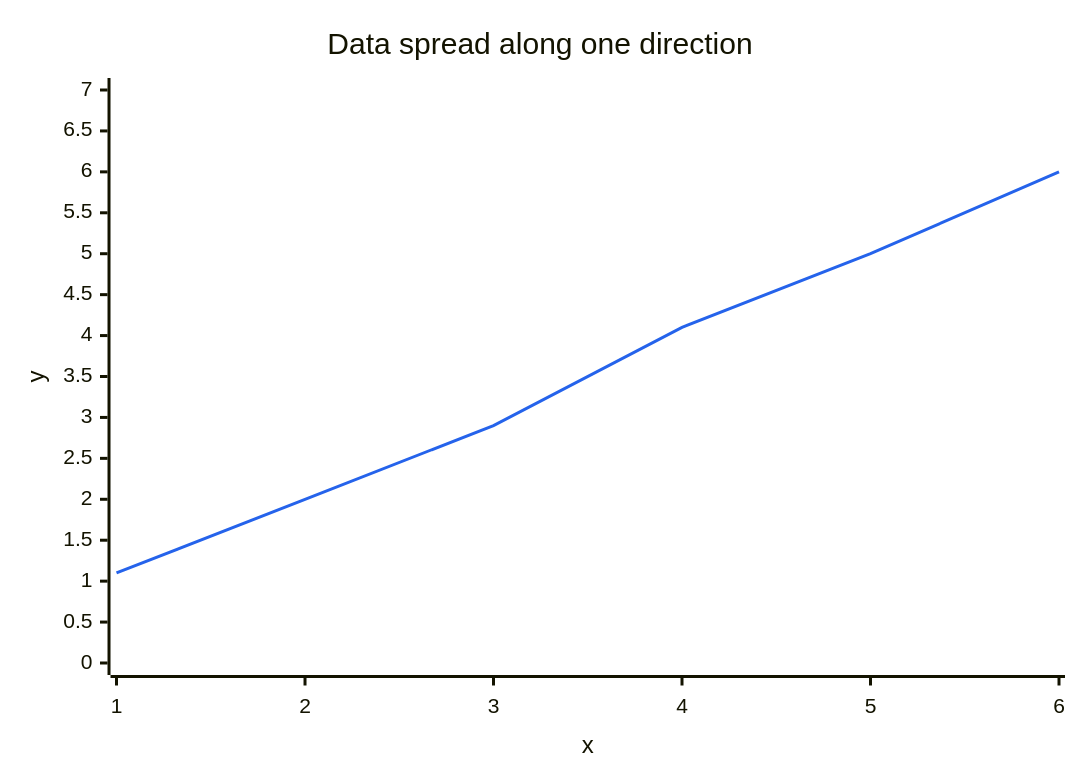
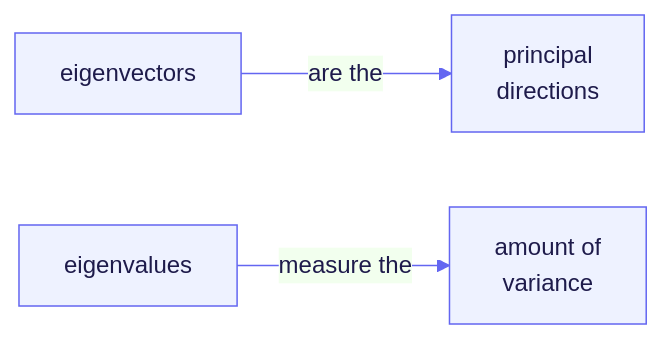
One commit to ajay-nikumbh/RAG changed diagram 14 of 23 in 01. NLP Basics for RAG/05. Embedding Mathematics/notes/05. Embedding Mathematics.md. Above: the diagram before and after it, drawn with Mermaid. The commit also changed other lines of this file and 19 other files, not shown here.

````diff
--- a/01. NLP Basics for RAG/05. Embedding Mathematics/notes/05. Embedding Mathematics.md
+++ b/01. NLP Basics for RAG/05. Embedding Mathematics/notes/05. Embedding Mathematics.md
@@ -2062,8 +2109,6 @@
 ```mermaid
 %%{init: {'theme':'base','themeVariables':{'primaryColor':'#EEF2FF','primaryBorderColor':'#6366F1','primaryTextColor':'#1E1B4B','lineColor':'#6366F1','pie1':'#22C55E','pie2':'#F59E0B','pie3':'#EF4444','pie4':'#3B82F6','pie5':'#8B5CF6','xyChart':{'plotColorPalette':'#2563EB, #16A34A, #D97706, #DC2626, #7C3AED'}}}}%%
-xychart-beta
-    title "Data spread along one direction"
-    x-axis "x" [1, 2, 3, 4, 5, 6]
-    y-axis "y" 0 --> 7
-    line [1.1, 2.0, 2.9, 4.1, 5.0, 6.0]
+flowchart LR
+    V["eigenvectors"] -->|"are the"| PD["principal<br/>directions"]
+    L["eigenvalues"] -->|"measure the"| AV["amount of<br/>variance"]
 ```
````
